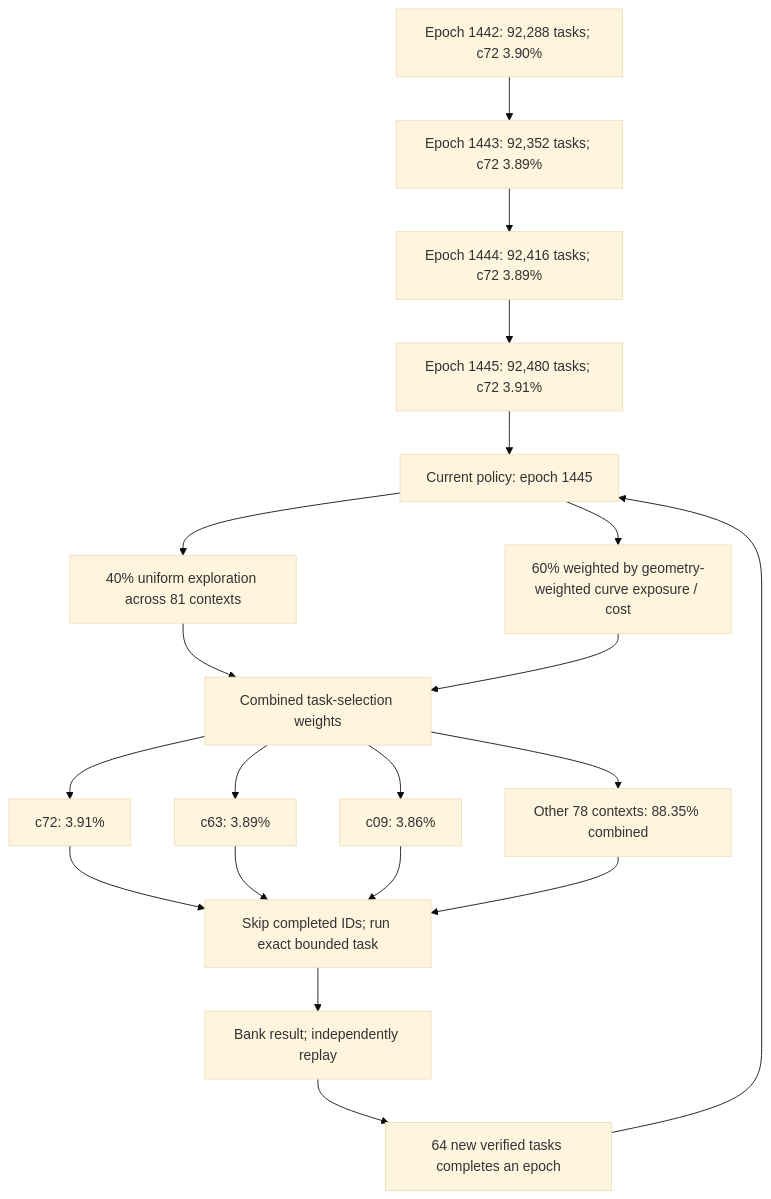
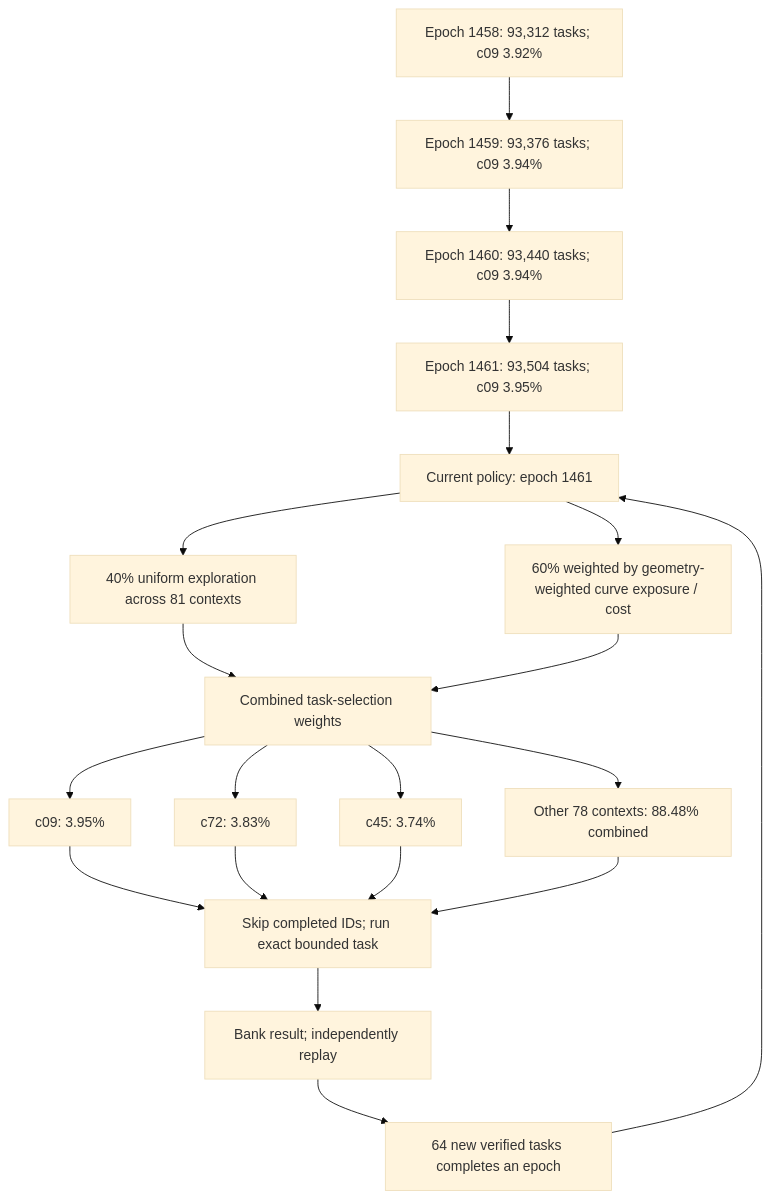
Before and after one commit to Kuberwastaken/math-gambling: the first of 3 diagrams in README.md, drawn with Mermaid (base theme). The commit also changed other lines of this file and 2139 other files, not shown here.

````diff
--- a/README.md
+++ b/README.md
@@ -56,27 +56,27 @@
 ```mermaid
 flowchart TD
-    H0["Epoch 1442: 92,288 tasks; c72 3.90%"]
-    H1["Epoch 1443: 92,352 tasks; c72 3.89%"]
+    H0["Epoch 1458: 93,312 tasks; c09 3.92%"]
+    H1["Epoch 1459: 93,376 tasks; c09 3.94%"]
     H0 --> H1
-    H2["Epoch 1444: 92,416 tasks; c72 3.89%"]
+    H2["Epoch 1460: 93,440 tasks; c09 3.94%"]
     H1 --> H2
-    H3["Epoch 1445: 92,480 tasks; c72 3.91%"]
+    H3["Epoch 1461: 93,504 tasks; c09 3.95%"]
     H2 --> H3
-    Policy["Current policy: epoch 1445"]
+    Policy["Current policy: epoch 1461"]
     H3 --> Policy
     Policy --> Explore["40% uniform exploration across 81 contexts"]
     Policy --> Cost["60% weighted by geometry-weighted curve exposure / cost"]
     Explore --> Mix["Combined task-selection weights"]
     Cost --> Mix
-    Mix --> C0["c72: 3.91%"]
-    Mix --> C1["c63: 3.89%"]
-    Mix --> C2["c09: 3.86%"]
-    Mix --> Rest["Other 78 contexts: 88.35% combined"]
+    Mix --> C0["c09: 3.95%"]
+    Mix --> C1["c72: 3.83%"]
+    Mix --> C2["c45: 3.74%"]
+    Mix --> Rest["Other 78 contexts: 88.48% combined"]
     C0 --> Check["Skip completed IDs; run exact bounded task"]
     C1 --> Check
     C2 --> Check
     Rest --> Check
     Check --> Replay["Bank result; independently replay"]
     Replay --> Gate["64 new verified tasks completes an epoch"]
     Gate --> Policy
 ```
````
